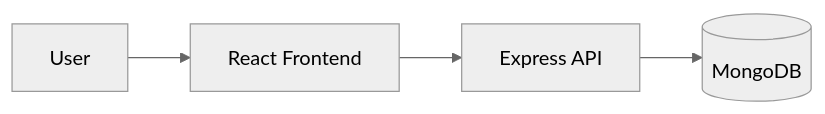
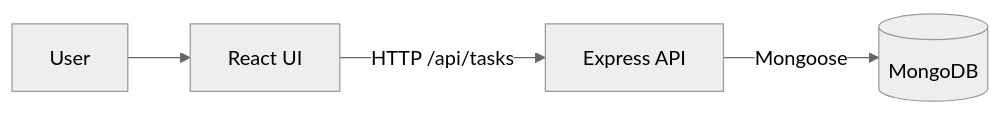
One commit to hanumanbhalerao2077/End-to-End-Kubernetes-Three-Tier-DevSecOps-Project changed the first of 2 diagrams in ARCHITECTURE.md. Above: the diagram before and after it, drawn with Mermaid (neutral theme). The commit also changed other lines of this file and 14 other files, not shown here.

Commit message:
Add missing documentation and update API/architecture docs

````diff
--- a/ARCHITECTURE.md
+++ b/ARCHITECTURE.md
@@ -9,6 +69,6 @@
 ```mermaid
 flowchart LR
-  User[User] --> Frontend[React Frontend]
-  Frontend --> API[Express API]
-  API --> DB[(MongoDB)]
+  U[User] --> F[React UI]
+  F -->|HTTP /api/tasks| B[Express API]
+  B -->|Mongoose| M[(MongoDB)]
 ```
````
